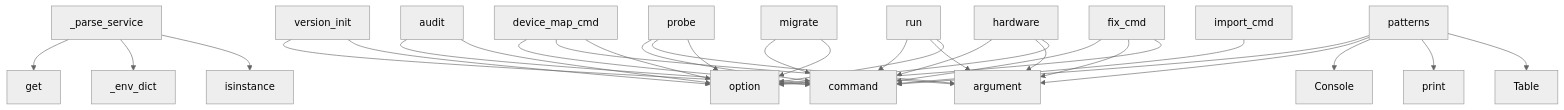
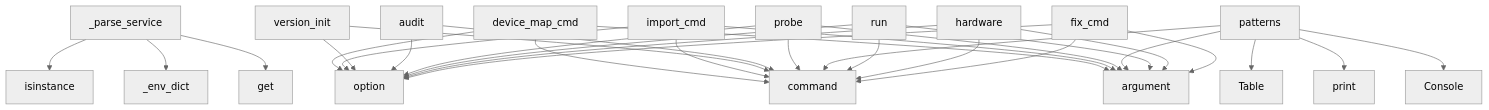
Before and after one commit to maskservice/redeploy: the diagram in project/context.md, drawn with Mermaid (neutral theme). The commit also changed other lines of this file and 56 other files, not shown here.

````diff
--- a/project/context.md
+++ b/project/context.md
@@ -685,33 +678,33 @@
 ```mermaid
 graph TD
     _parse_service --> get
     _parse_service --> _env_dict
     _parse_service --> isinstance
     device_map_cmd --> command
     device_map_cmd --> argument
     device_map_cmd --> option
+    import_cmd --> command
+    import_cmd --> argument
+    import_cmd --> option
     version_init --> command
     version_init --> option
     audit --> command
     audit --> option
     probe --> command
     probe --> argument
     probe --> option
     patterns --> command
     patterns --> argument
     patterns --> Console
     patterns --> print
     patterns --> Table
     run --> command
     run --> argument
     run --> option
     hardware --> command
     hardware --> argument
     hardware --> option
     fix_cmd --> command
     fix_cmd --> argument
     fix_cmd --> option
-    migrate --> command
-    migrate --> option
-    import_cmd --> command
 ```
````
